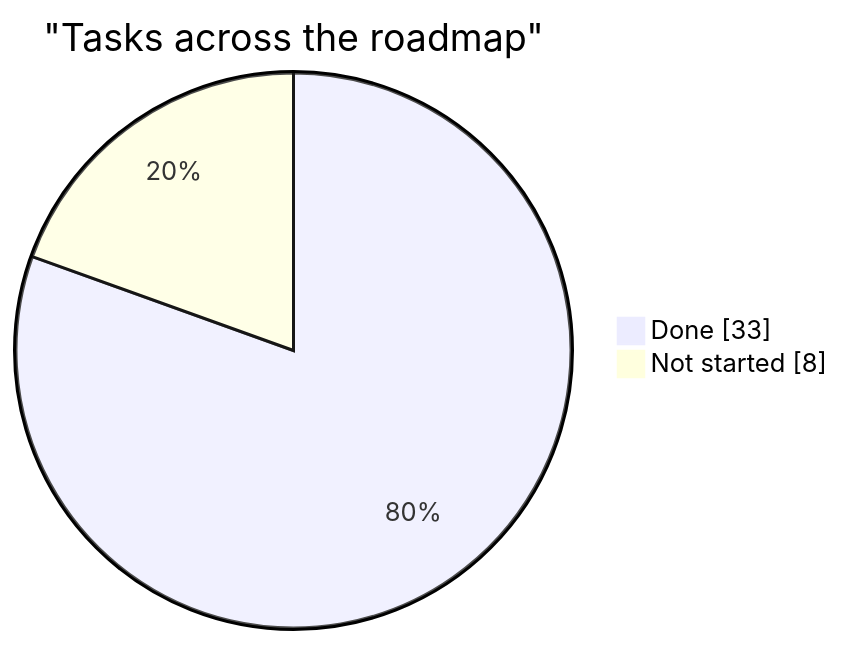
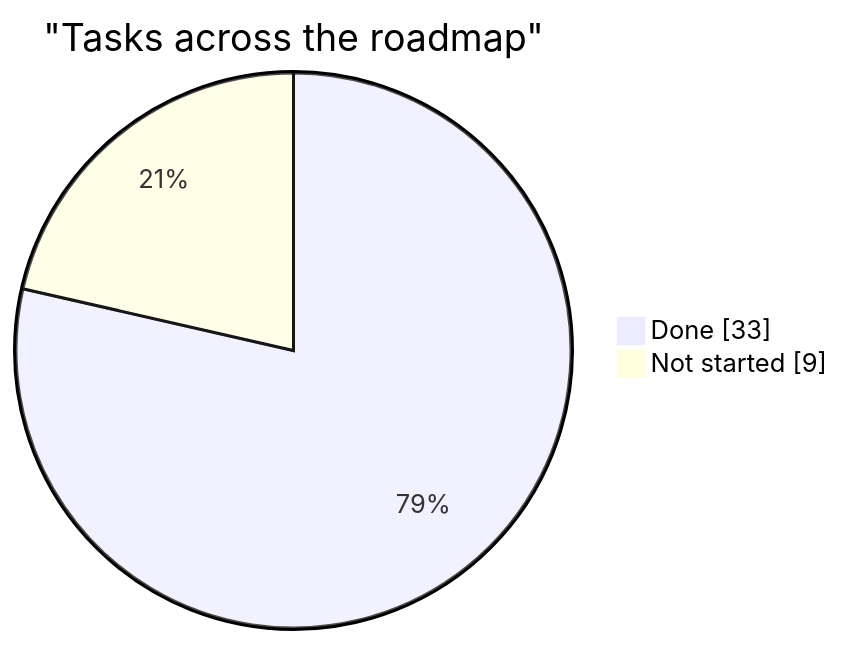
Before and after one commit to AdamClemens/PyFlow: the diagram in docs/planning/status.md, drawn with Mermaid. The commit also changed other lines of this file and 4 other files, not shown here.

````diff
--- a/docs/planning/status.md
+++ b/docs/planning/status.md
@@ -21,6 +21,6 @@
 ```mermaid
 pie showData
     title "Tasks across the roadmap"
     "Done" : 33
-    "Not started" : 8
+    "Not started" : 9
 ```
````
